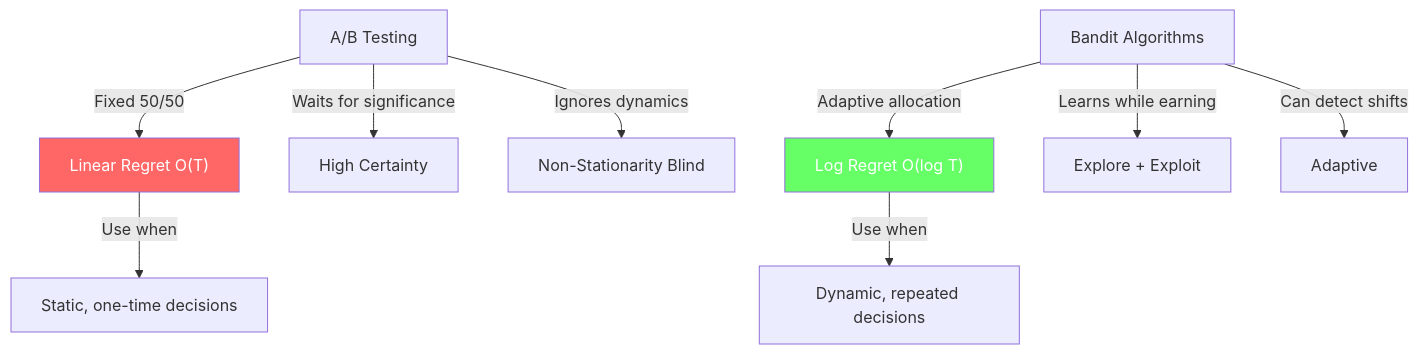
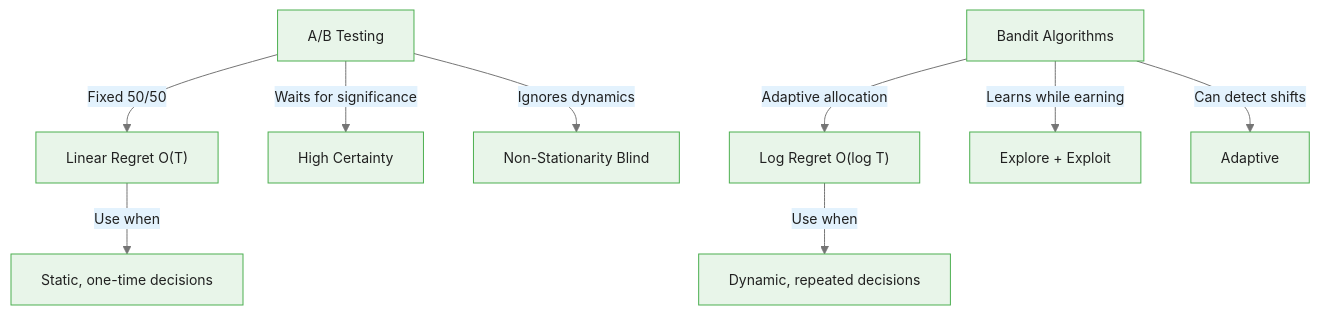
One commit to m-deane/course-creator changed the fifth of 5 diagrams in courses/multi-armed-bandits-ab-testing/modules/module_00_foundations/guides/01_ab_testing_limits_slides.md. Above: the diagram before and after it, drawn with Mermaid. The commit also changed other lines of this file and 146 other files, not shown here.

````diff
--- a/courses/multi-armed-bandits-ab-testing/modules/module_00_foundations/guides/01_ab_testing_limits_slides.md
+++ b/courses/multi-armed-bandits-ab-testing/modules/module_00_foundations/guides/01_ab_testing_limits_slides.md
@@ -366,16 +407,14 @@
 ```mermaid
+%%{init: {"theme": "base", "themeVariables": {"primaryColor": "#e8f5e9", "primaryBorderColor": "#4caf50", "primaryTextColor": "#212121", "secondaryColor": "#e3f2fd", "tertiaryColor": "#fff8e1", "lineColor": "#757575", "fontFamily": "Inter, sans-serif", "fontSize": "14px"}}}%%
 flowchart TD
     AB["A/B Testing"] --> |"Fixed 50/50"| LR["Linear Regret O(T)"]
     AB --> |"Waits for significance"| HC["High Certainty"]
     AB --> |"Ignores dynamics"| NS["Non-Stationarity Blind"]
 
     Bandit["Bandit Algorithms"] --> |"Adaptive allocation"| LogR["Log Regret O(log T)"]
     Bandit --> |"Learns while earning"| EE["Explore + Exploit"]
     Bandit --> |"Can detect shifts"| AD["Adaptive"]
 
     LR --> |"Use when"| Static["Static, one-time decisions"]
     LogR --> |"Use when"| Dynamic["Dynamic, repeated decisions"]
-
-    style LR fill:#f66,color:#fff
-    style LogR fill:#6f6,color:#fff
 ```
````
